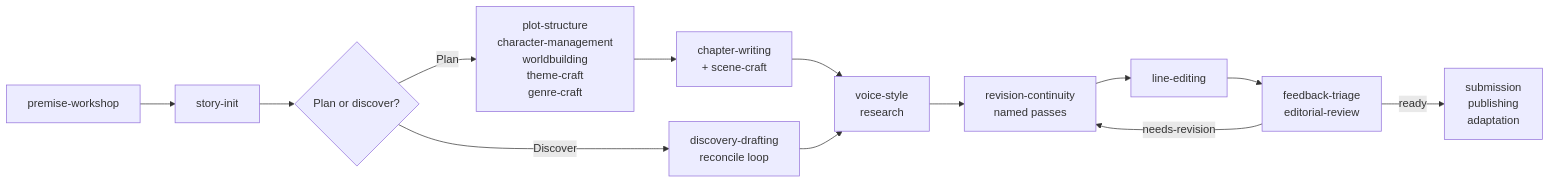
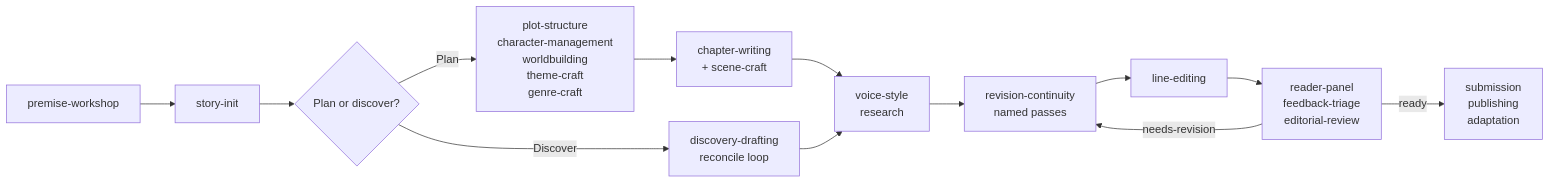
One commit to cateyephotos/story-skills changed the diagram in docs/writing-workflows.md. Above: the diagram before and after it, drawn with Mermaid. The commit also changed other lines of this file and 21 other files, not shown here.

First line of the commit message:
feat: add a reader-panel skill for simulated beta reads

````diff
--- a/docs/writing-workflows.md
+++ b/docs/writing-workflows.md
@@ -34,15 +35,15 @@
 ```mermaid
 flowchart LR
     P[premise-workshop] --> A[story-init]
     A --> B{Plan or discover?}
     B -->|Plan| C[plot-structure<br/>character-management<br/>worldbuilding<br/>theme-craft<br/>genre-craft]
     C --> D[chapter-writing<br/>+ scene-craft]
     B -->|Discover| E[discovery-drafting<br/>reconcile loop]
     D --> F[voice-style<br/>research]
     E --> F
     F --> G[revision-continuity<br/>named passes]
     G --> L[line-editing]
-    L --> H[feedback-triage<br/>editorial-review]
+    L --> H[reader-panel<br/>feedback-triage<br/>editorial-review]
     H -->|needs-revision| G
     H -->|ready| I[submission<br/>publishing<br/>adaptation]
 ```
````
